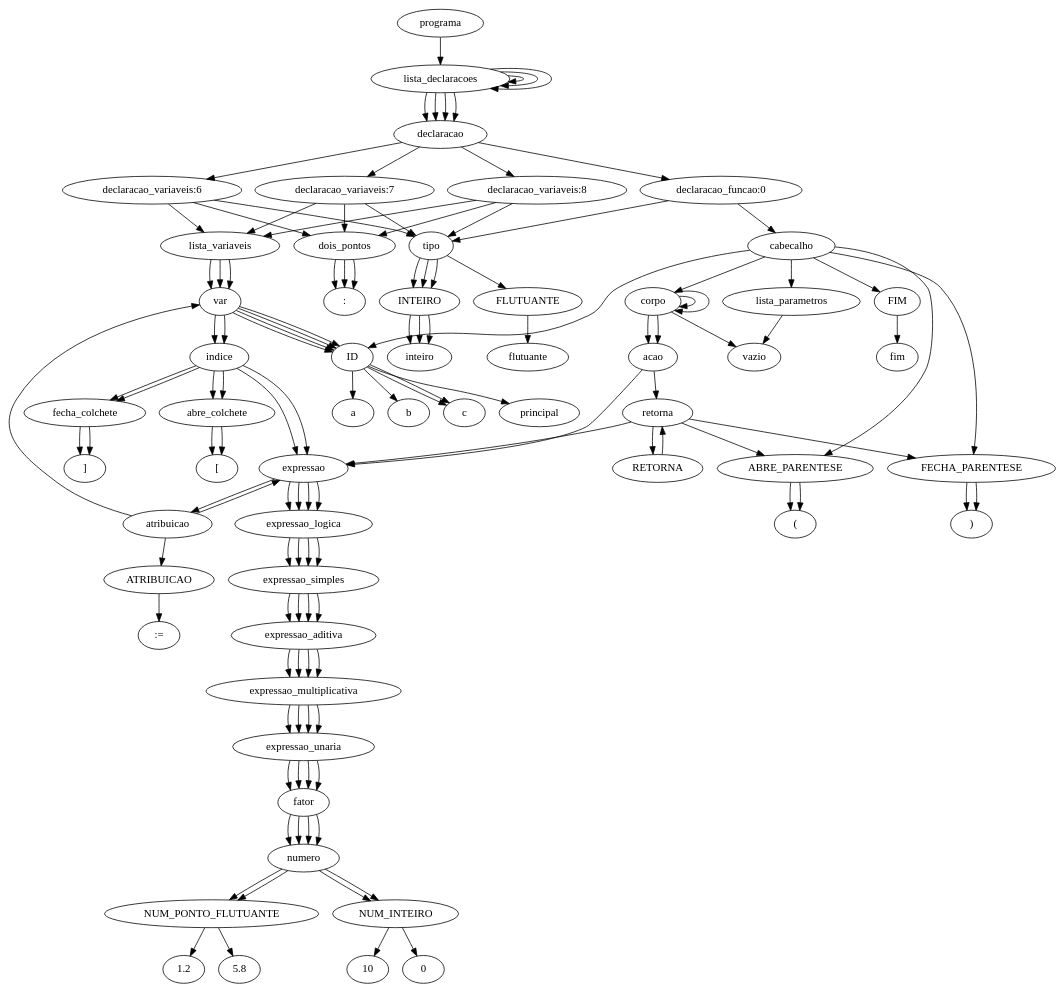
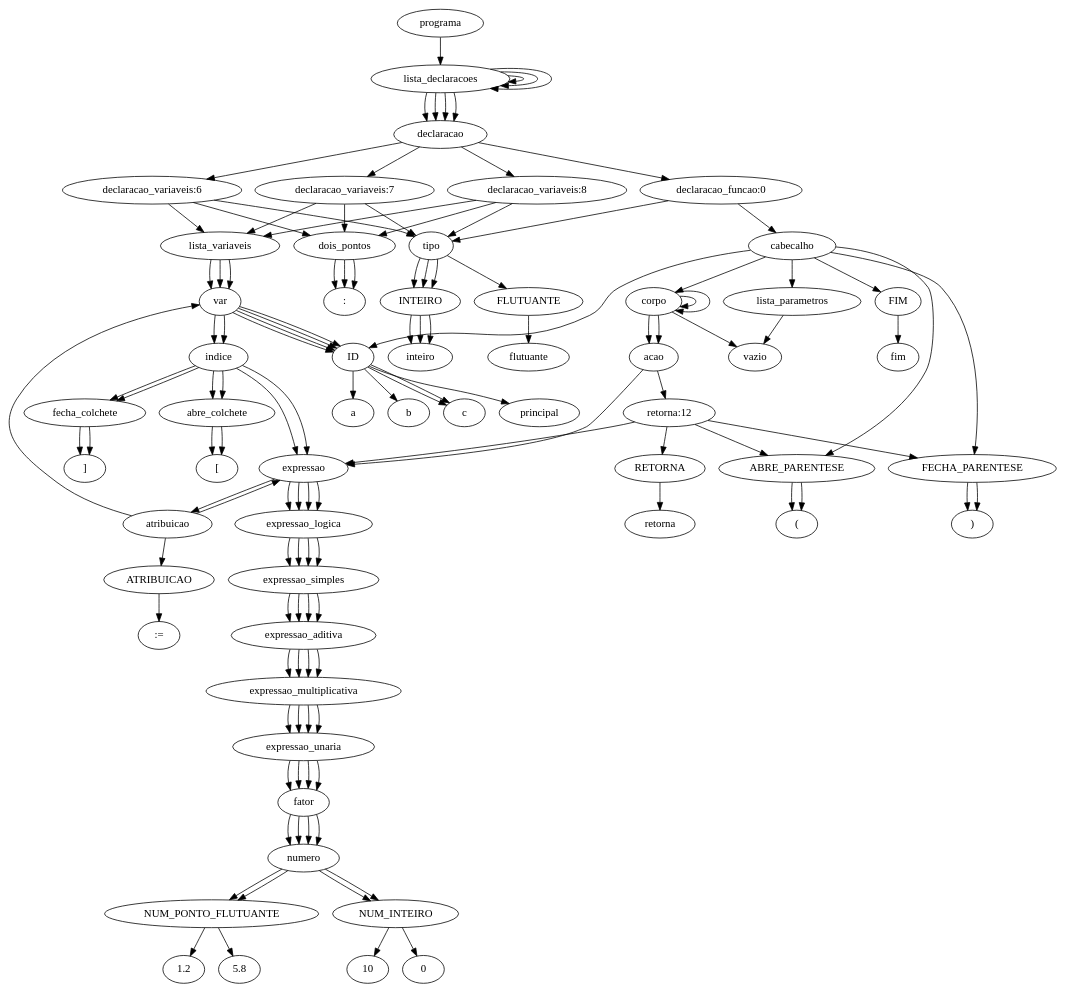
Before and after one commit to JuanFSR/Compiladores: the diagram in 7.AnaliseSemantica/implementacao/semantica-testes/sema-002.tpp.ast.dot, drawn with Graphviz. The commit also changed 9 other files, not shown here.

```diff
--- a/7.AnaliseSemantica/implementacao/semantica-testes/sema-002.tpp.ast.dot
+++ b/7.AnaliseSemantica/implementacao/semantica-testes/sema-002.tpp.ast.dot
@@ -104,7 +104,7 @@
     "NUM_INTEIRO";
     "10";
     "acao";
-    "retorna";
+    "retorna:12";
     "RETORNA";
     "retorna";
     "ABRE_PARENTESE";
@@ -228,11 +228,11 @@
     "fator" -> "numero";
     "numero" -> "NUM_INTEIRO";
     "NUM_INTEIRO" -> "10";
-    "acao" -> "retorna";
-    "retorna" -> "RETORNA";
-    "retorna" -> "ABRE_PARENTESE";
-    "retorna" -> "expressao";
-    "retorna" -> "FECHA_PARENTESE";
+    "acao" -> "retorna:12";
+    "retorna:12" -> "RETORNA";
+    "retorna:12" -> "ABRE_PARENTESE";
+    "retorna:12" -> "expressao";
+    "retorna:12" -> "FECHA_PARENTESE";
     "RETORNA" -> "retorna";
     "ABRE_PARENTESE" -> "(";
     "expressao" -> "expressao_logica";
```
